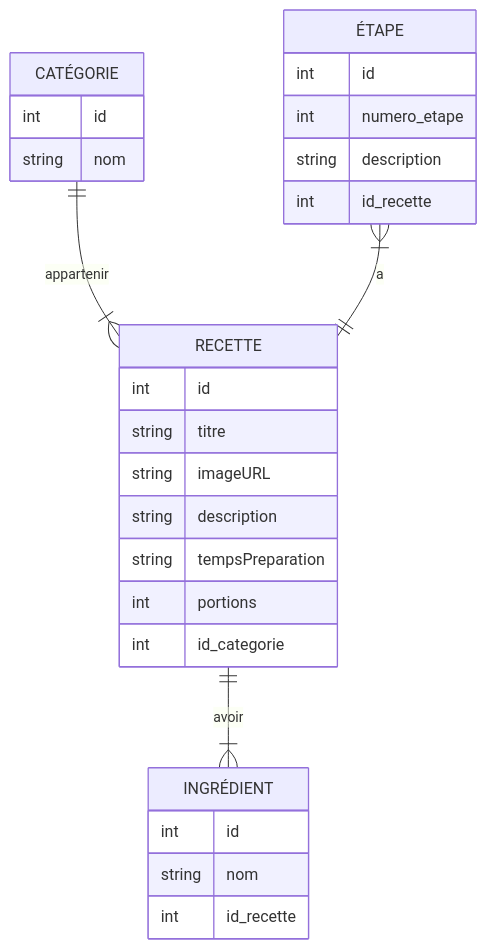
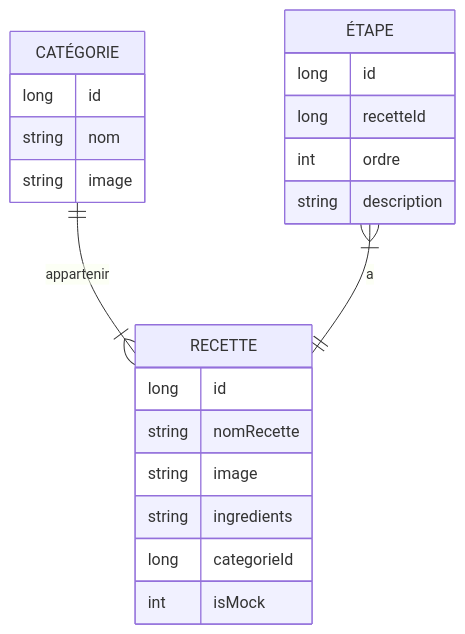
One commit to EmileDevGit/cuisto changed the diagram in README.md. Above: the diagram before and after it, drawn with Mermaid. The commit also changed other lines of this file, not shown here.

Commit message:
Mise a jour du README.md

````diff
--- a/README.md
+++ b/README.md
@@ -36,30 +36,25 @@
 ```mermaid
     erDiagram
     "CATÉGORIE" ||--|{ RECETTE : appartenir
     "CATÉGORIE"{
-        int id
+        long id
         string nom
+        string image
     }
-    RECETTE ||--|{ "INGRÉDIENT" : avoir
     RECETTE{
-        int id
-        string titre
-        string imageURL
-        string description
-        string tempsPreparation
-        int portions
-        int id_categorie
-    }
-    "INGRÉDIENT"{
-        int id
-        string nom
-        int id_recette
+        long id
+        string nomRecette
+        string image
+        string ingredients
+        long categorieId
+        int isMock
     }
     "ÉTAPE" }|--|| RECETTE : a
     "ÉTAPE"{
-        int id
-        int numero_etape
+        long id
+        long recetteId
+        int ordre
         string description
-        int id_recette
+        
     }
 ```
````
